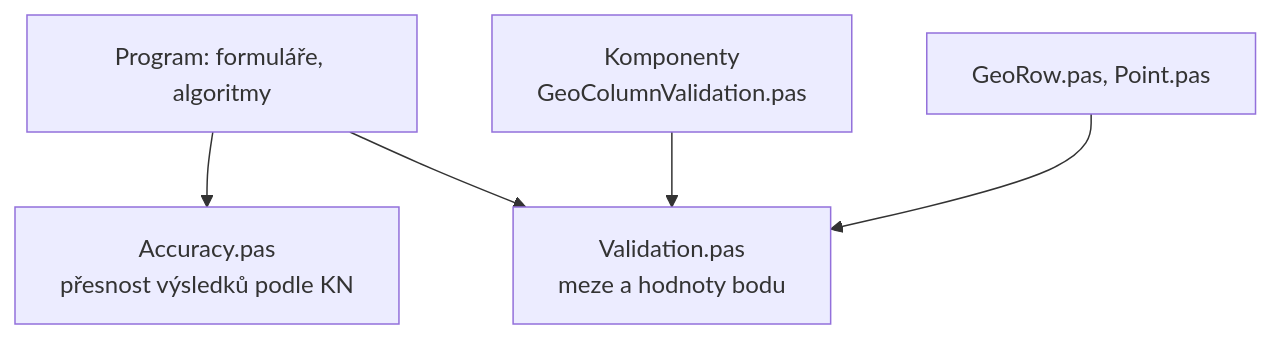
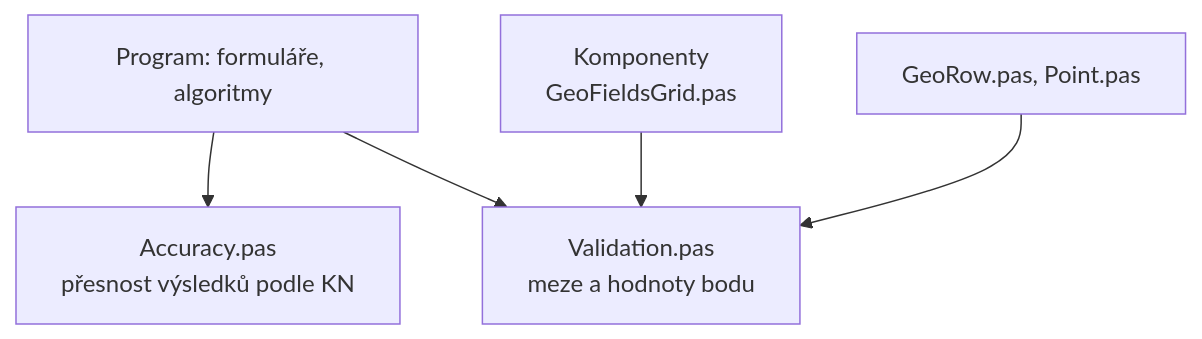
One commit to kovarmi9/GeoSoft changed the diagram in docs/seznam-souradnic/validace.md. Above: the diagram before and after it, drawn with Mermaid. The commit also changed other lines of this file and 85 other files, not shown here.

````diff
--- a/docs/seznam-souradnic/validace.md
+++ b/docs/seznam-souradnic/validace.md
@@ -11,8 +11,8 @@
 ```mermaid
 flowchart TB
   P["Program: formuláře, algoritmy"] --> A["Accuracy.pas<br>přesnost výsledků podle KN"]
   P --> V
-  K["Komponenty<br>GeoColumnValidation.pas"] --> V
+  K["Komponenty<br>GeoFieldsGrid.pas"] --> V
   V["Validation.pas<br>meze a hodnoty bodu"]
   R["GeoRow.pas, Point.pas"] --> V
 ```
````
